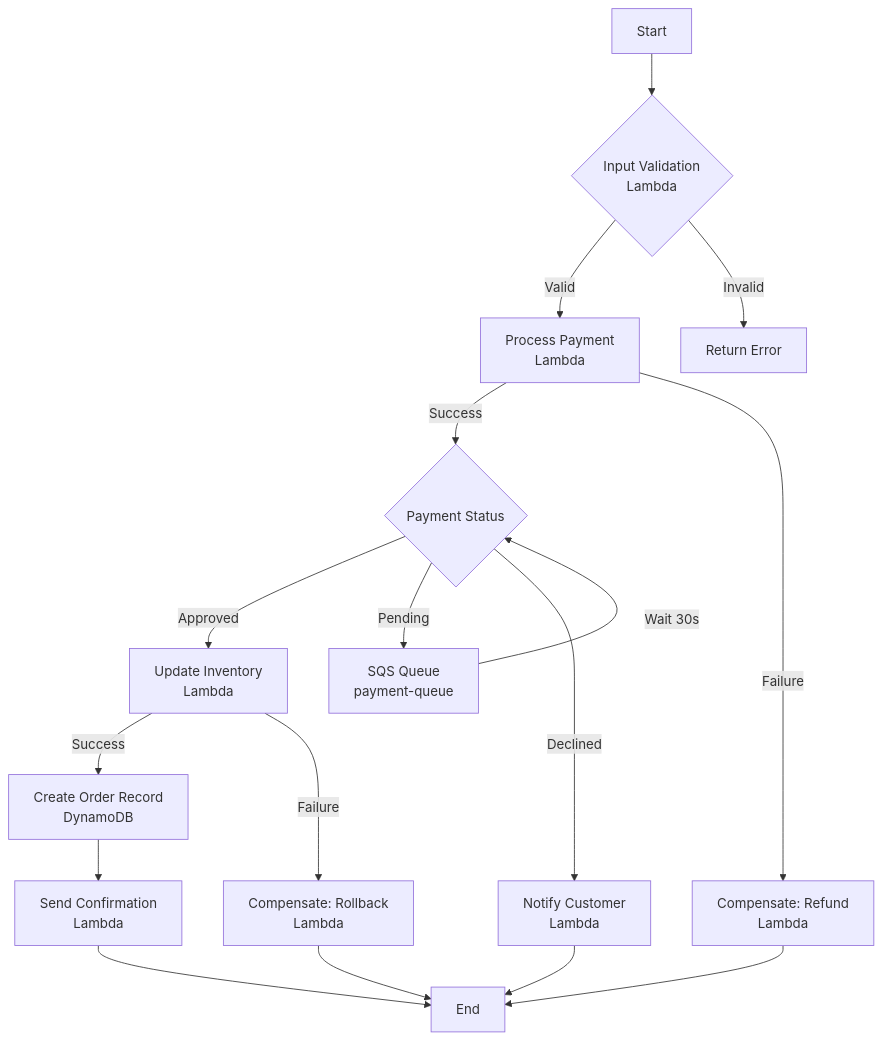
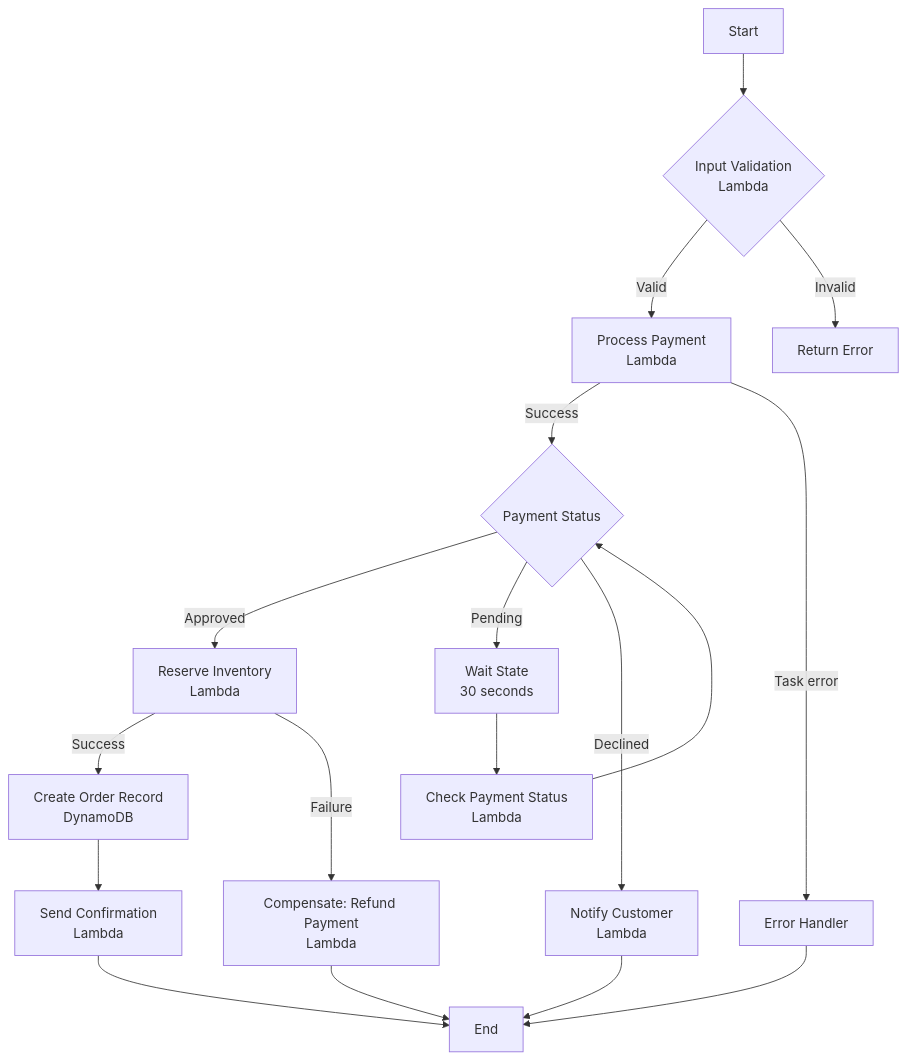
The sixth of 7 diagrams in Design/02-communication-patterns.md (AlexanderBesss/AWS_best_praactices), drawn with Mermaid before and after one commit. The commit also changed other lines of this file and 31 other files, not shown here.

````diff
--- a/Design/02-communication-patterns.md
+++ b/Design/02-communication-patterns.md
@@ -420,23 +426,24 @@
 ```mermaid
 graph TB
     A[Start] --> B{Input Validation<br/>Lambda}
     B -->|Valid| C[Process Payment<br/>Lambda]
     B -->|Invalid| Z[Return Error]
-    
+
     C -->|Success| D{Payment Status}
-    C -->|Failure| E[Compensate: Refund<br/>Lambda]
-    
-    D -->|Approved| F[Update Inventory<br/>Lambda]
-    D -->|Pending| G[SQS Queue<br/>payment-queue]
+    C -->|Task error| E[Error Handler]
+
+    D -->|Approved| F[Reserve Inventory<br/>Lambda]
+    D -->|Pending| G[Wait State<br/>30 seconds]
     D -->|Declined| H[Notify Customer<br/>Lambda]
-    
+
     F -->|Success| I[Create Order Record<br/>DynamoDB]
-    F -->|Failure| J[Compensate: Rollback<br/>Lambda]
-    
-    G -->|Wait 30s| D
+    F -->|Failure| J[Compensate: Refund Payment<br/>Lambda]
+
+    G --> P[Check Payment Status<br/>Lambda]
+    P --> D
     I --> K[Send Confirmation<br/>Lambda]
     K --> L[End]
     H --> L
     E --> L
     J --> L
 ```
````
